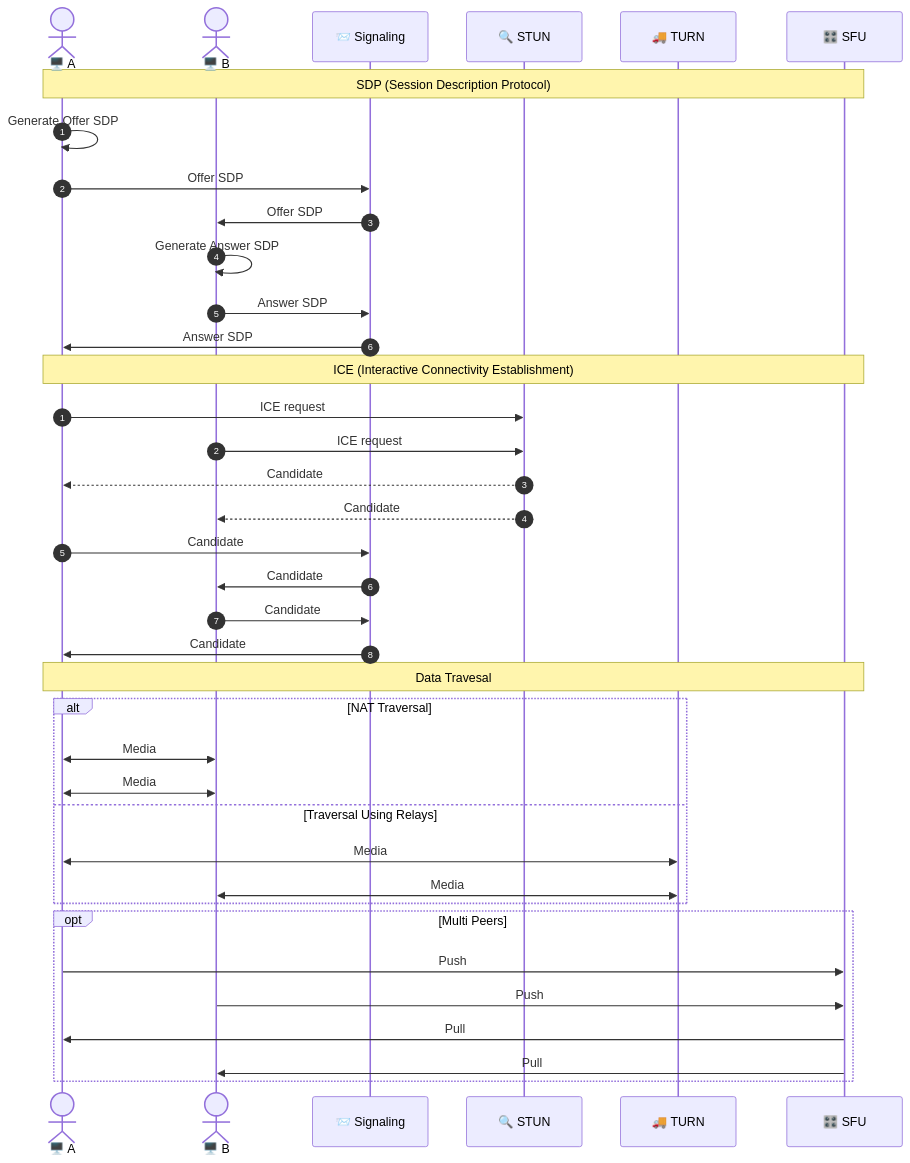
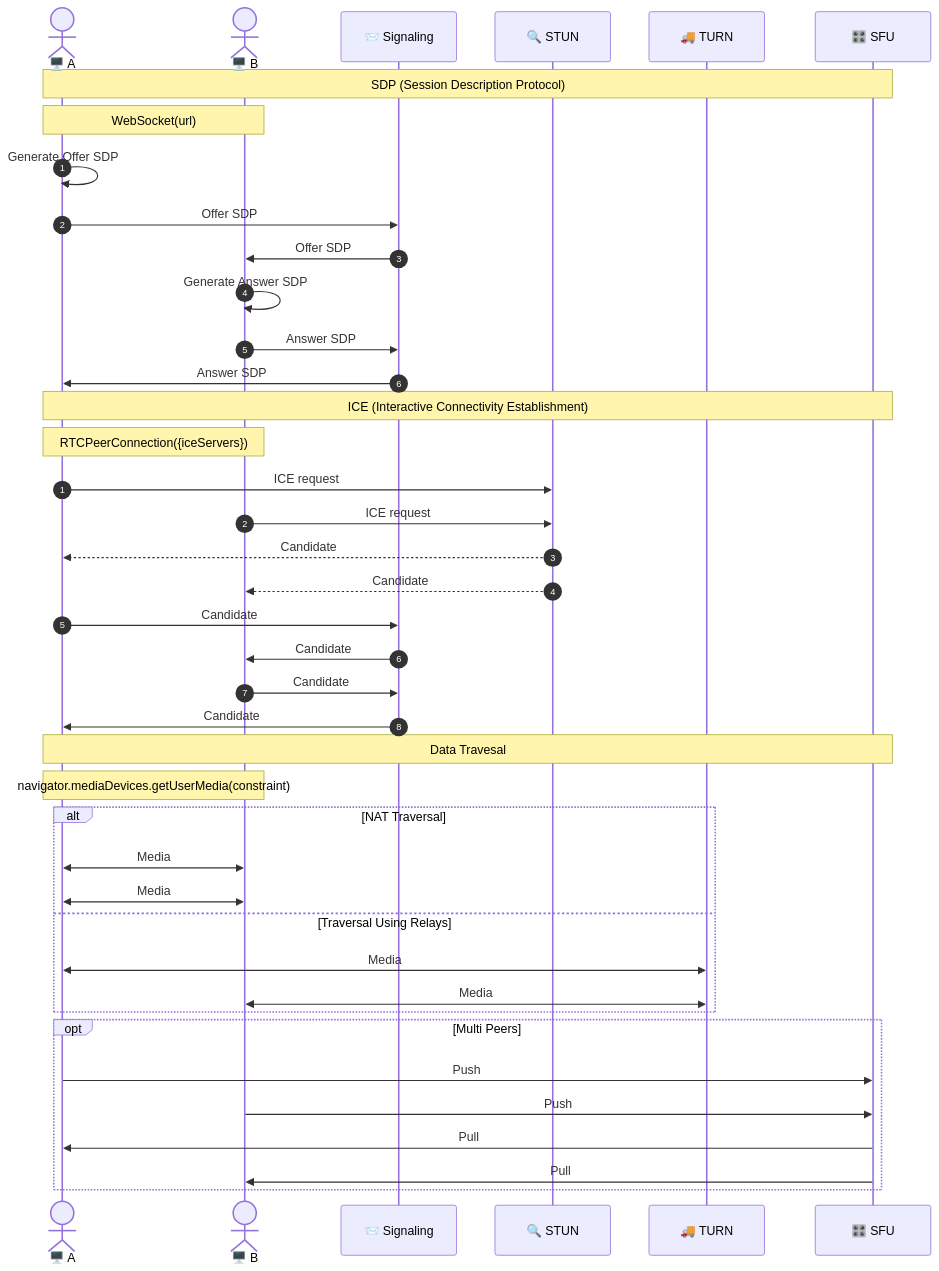
The diagram in content/docs/10-rtc-intro/02-webrtc.md (techunder/posts), drawn with Mermaid before and after one commit.

````diff
--- a/content/docs/10-rtc-intro/02-webrtc.md
+++ b/content/docs/10-rtc-intro/02-webrtc.md
@@ -49,45 +49,48 @@
 ```mermaid
 sequenceDiagram
     actor A as 🖥️ A
     actor B as 🖥️ B
     participant Sig as 📨 Signaling
     participant STUN as 🔍 STUN
     participant TURN as 🚚 TURN
     participant SFU as 🎛️ SFU
 
     Note over A,SFU: SDP (Session Description Protocol)
     autonumber 1
+    Note over A,B: WebSocket(url)
     A->>A: Generate Offer SDP
     A->>Sig: Offer SDP
     Sig->>B: Offer SDP
     B->>B: Generate Answer SDP
     B->>Sig: Answer SDP
     Sig->>A: Answer SDP
 
     Note over A,SFU: ICE (Interactive Connectivity Establishment)
     autonumber 1
+    Note over A,B: RTCPeerConnection({iceServers})
     A->>STUN: ICE request
     B->>STUN: ICE request
     STUN-->>A: Candidate
     STUN-->>B: Candidate
     A->>Sig: Candidate
     Sig->>B: Candidate
     B->>Sig: Candidate
     Sig->>A: Candidate
 
     Note over A,SFU: Data Travesal
     autonumber off
+    Note over A,B: navigator.mediaDevices.getUserMedia(constraint)
     alt NAT Traversal
         A<<->>B: Media
         B<<->>A: Media
     else Traversal Using Relays
         A<<->>TURN: Media
         TURN<<->>B: Media
     end
     opt Multi Peers
         A->>SFU: Push
         B->>SFU: Push
         SFU->>A: Pull
         SFU->>B: Pull
     end
 ```
````
